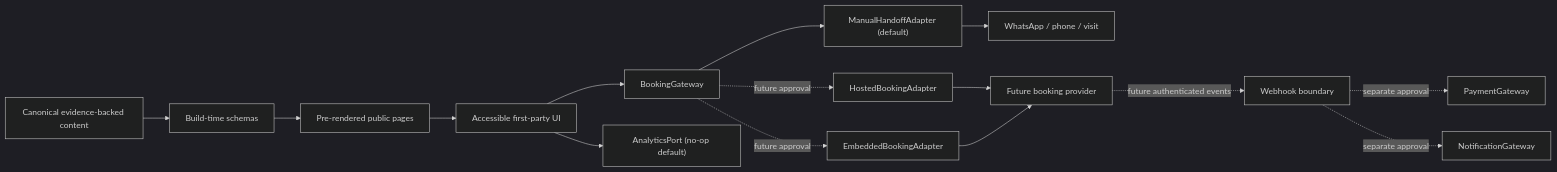
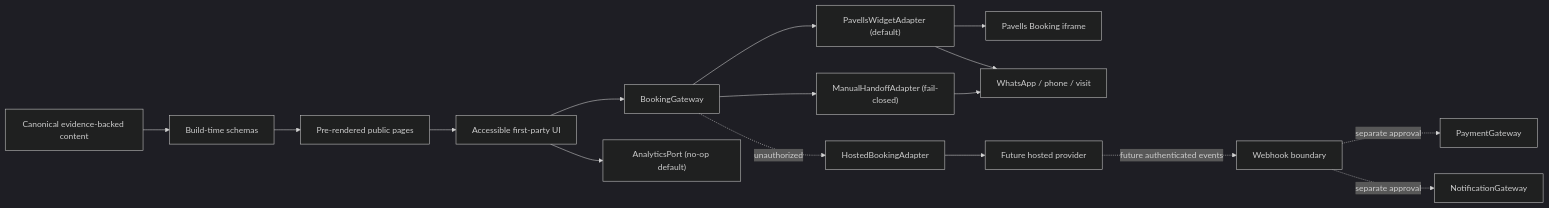
Before and after one commit to pav4o71/cjnailstudio: the diagram in docs/ARCHITECTURE.md, drawn with Mermaid (dark theme). The commit also changed other lines of this file and 28 other files, not shown here.

First line of the commit message:
feat: embed the Pavells booking widget on /book

````diff
--- a/docs/ARCHITECTURE.md
+++ b/docs/ARCHITECTURE.md
@@ -9,17 +9,18 @@
 ```mermaid
 flowchart LR
   C["Canonical evidence-backed content"] --> V["Build-time schemas"]
   V --> P["Pre-rendered public pages"]
   P --> UI["Accessible first-party UI"]
   UI --> BG["BookingGateway"]
-  BG --> MAN["ManualHandoffAdapter (default)"]
-  BG -. "future approval" .-> HOST["HostedBookingAdapter"]
-  BG -. "future approval" .-> EMBED["EmbeddedBookingAdapter"]
+  BG --> EMBED["PavellsWidgetAdapter (default)"]
+  BG --> MAN["ManualHandoffAdapter (fail-closed)"]
+  BG -. "unauthorized" .-> HOST["HostedBookingAdapter"]
+  EMBED --> PAVELLS["Pavells Booking iframe"]
   MAN --> EXT["WhatsApp / phone / visit"]
-  HOST --> PROVIDER["Future booking provider"]
-  EMBED --> PROVIDER
+  EMBED --> EXT
+  HOST --> PROVIDER["Future hosted provider"]
   UI --> AP["AnalyticsPort (no-op default)"]
   PROVIDER -. "future authenticated events" .-> WH["Webhook boundary"]
   WH -. "separate approval" .-> PAY["PaymentGateway"]
   WH -. "separate approval" .-> NOTIFY["NotificationGateway"]
 ```
````
